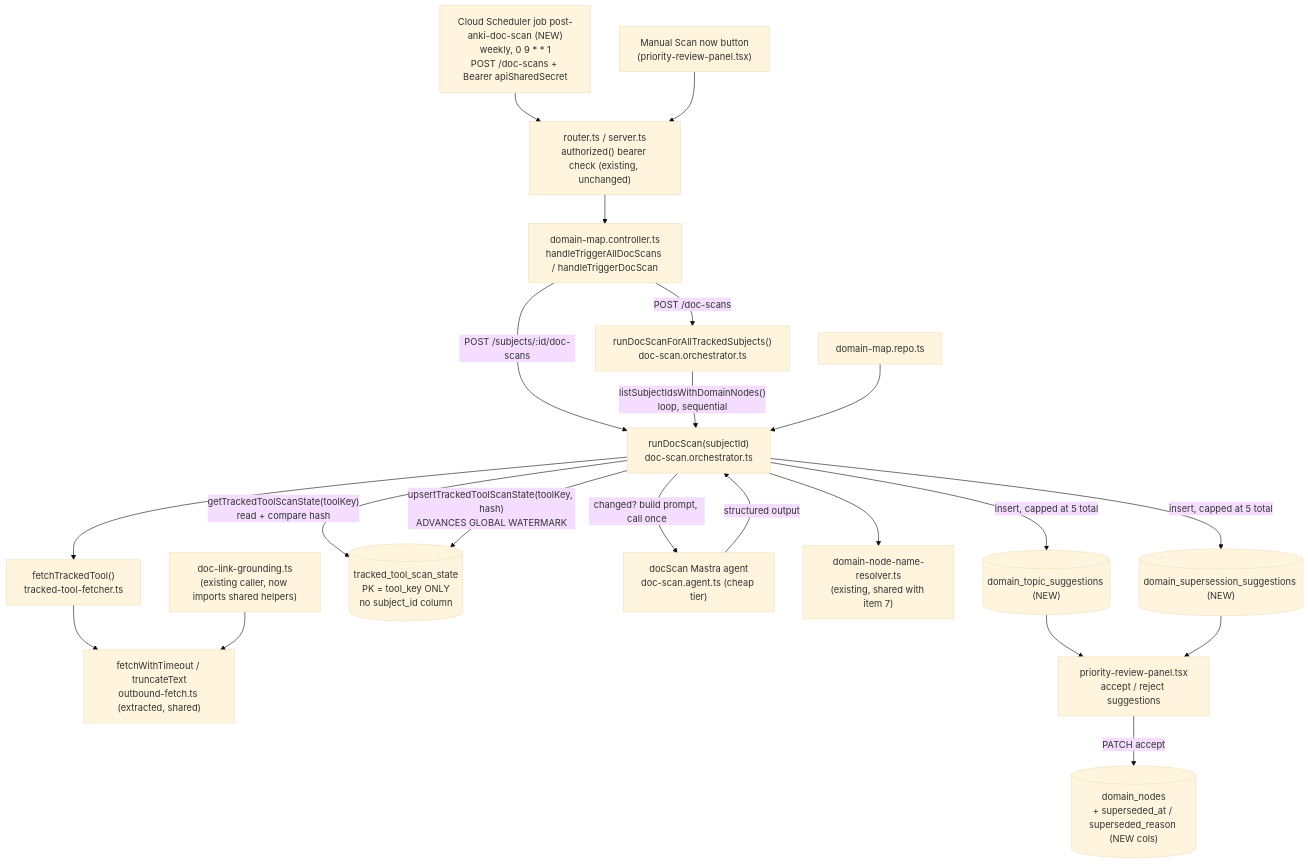
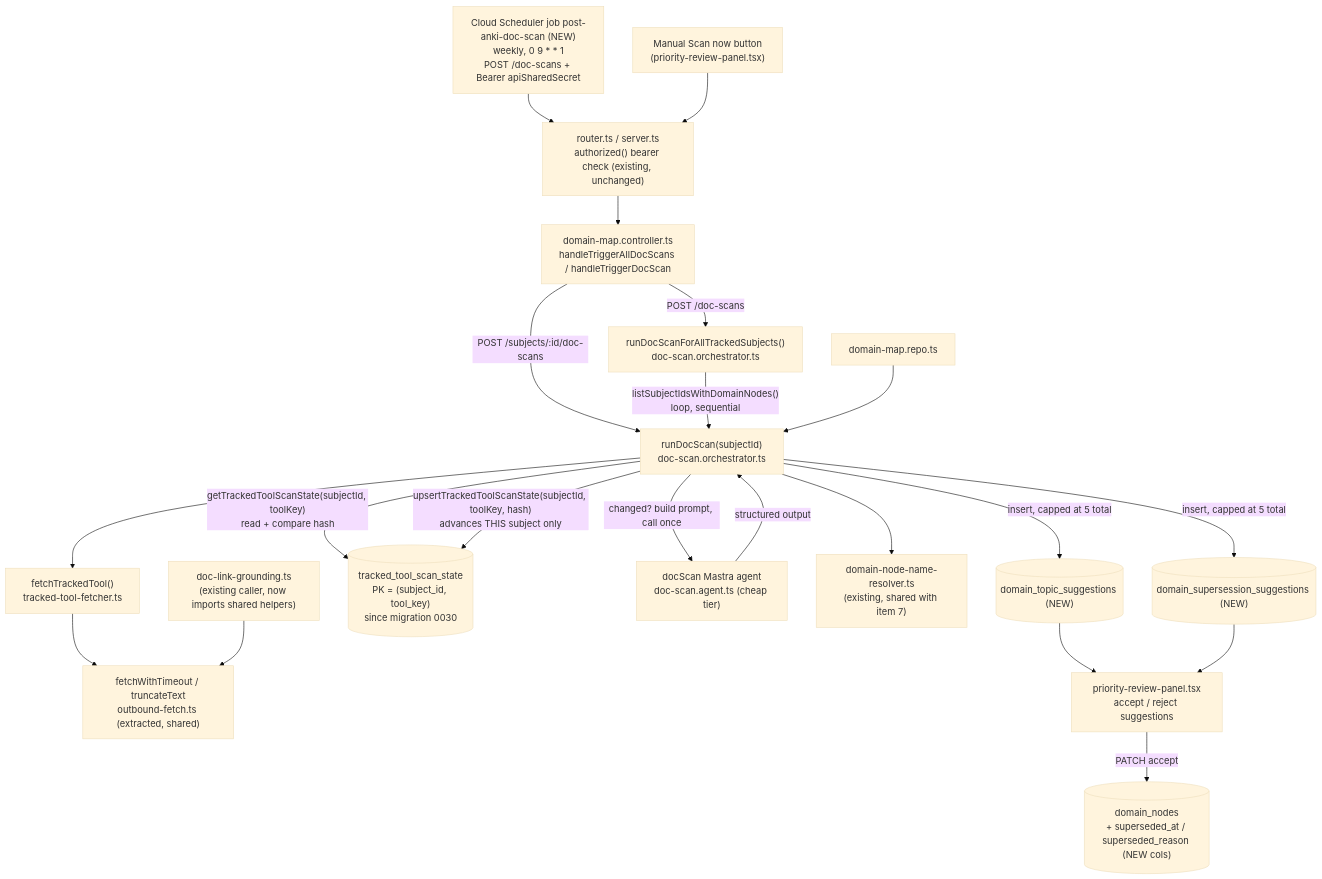
Before and after one commit to ikushlianski/post-anki: the diagram in docs/architecture/doc-changelog-scan/as-built.mmd, drawn with Mermaid (base theme). The commit also changed 15 other files, not shown here.

First line of the commit message:
fix(domain-map): give every gated subject its own scan watermark

```diff
--- a/docs/architecture/doc-changelog-scan/as-built.mmd
+++ b/docs/architecture/doc-changelog-scan/as-built.mmd
@@ -1,39 +1,39 @@
 flowchart TB
   scheduler["Cloud Scheduler job post-anki-doc-scan (NEW)<br/>weekly, 0 9 * * 1<br/>POST /doc-scans + Bearer apiSharedSecret"]
   manualBtn["Manual Scan now button<br/>(priority-review-panel.tsx)"]
   routerLayer["router.ts / server.ts<br/>authorized() bearer check (existing, unchanged)"]
   controller["domain-map.controller.ts<br/>handleTriggerAllDocScans / handleTriggerDocScan"]
   orchestratorAll["runDocScanForAllTrackedSubjects()<br/>doc-scan.orchestrator.ts"]
   orchestratorOne["runDocScan(subjectId)<br/>doc-scan.orchestrator.ts"]
   fetcher["fetchTrackedTool()<br/>tracked-tool-fetcher.ts"]
   outboundFetch["fetchWithTimeout / truncateText<br/>outbound-fetch.ts (extracted, shared)"]
   docLinkGrounding["doc-link-grounding.ts<br/>(existing caller, now imports shared helpers)"]
-  watermark[("tracked_tool_scan_state<br/>PK = tool_key ONLY<br/>no subject_id column")]
+  watermark[("tracked_tool_scan_state<br/>PK = (subject_id, tool_key)<br/>since migration 0030")]
   domainMapRepo["domain-map.repo.ts"]
   agent["docScan Mastra agent<br/>doc-scan.agent.ts (cheap tier)"]
   resolver["domain-node-name-resolver.ts<br/>(existing, shared with item 7)"]
   topicTable[("domain_topic_suggestions (NEW)")]
   supersessionTable[("domain_supersession_suggestions (NEW)")]
   domainNodes[("domain_nodes<br/>+ superseded_at / superseded_reason (NEW cols)")]
   reviewUI["priority-review-panel.tsx<br/>accept / reject suggestions"]
 
   scheduler --> routerLayer
   manualBtn --> routerLayer
   routerLayer --> controller
   controller -->|"POST /doc-scans"| orchestratorAll
   controller -->|"POST /subjects/:id/doc-scans"| orchestratorOne
   orchestratorAll -->|"listSubjectIdsWithDomainNodes()<br/>loop, sequential"| orchestratorOne
   orchestratorOne --> fetcher
   fetcher --> outboundFetch
   docLinkGrounding --> outboundFetch
-  orchestratorOne -->|"getTrackedToolScanState(toolKey)<br/>read + compare hash"| watermark
+  orchestratorOne -->|"getTrackedToolScanState(subjectId, toolKey)<br/>read + compare hash"| watermark
   orchestratorOne -->|"changed? build prompt, call once"| agent
   agent -->|"structured output"| orchestratorOne
   orchestratorOne --> resolver
   orchestratorOne -->|"insert, capped at 5 total"| topicTable
   orchestratorOne -->|"insert, capped at 5 total"| supersessionTable
-  orchestratorOne -->|"upsertTrackedToolScanState(toolKey, hash)<br/>ADVANCES GLOBAL WATERMARK"| watermark
+  orchestratorOne -->|"upsertTrackedToolScanState(subjectId, toolKey, hash)<br/>advances THIS subject only"| watermark
   domainMapRepo --> orchestratorOne
   topicTable --> reviewUI
   supersessionTable --> reviewUI
   reviewUI -->|"PATCH accept"| domainNodes
```
